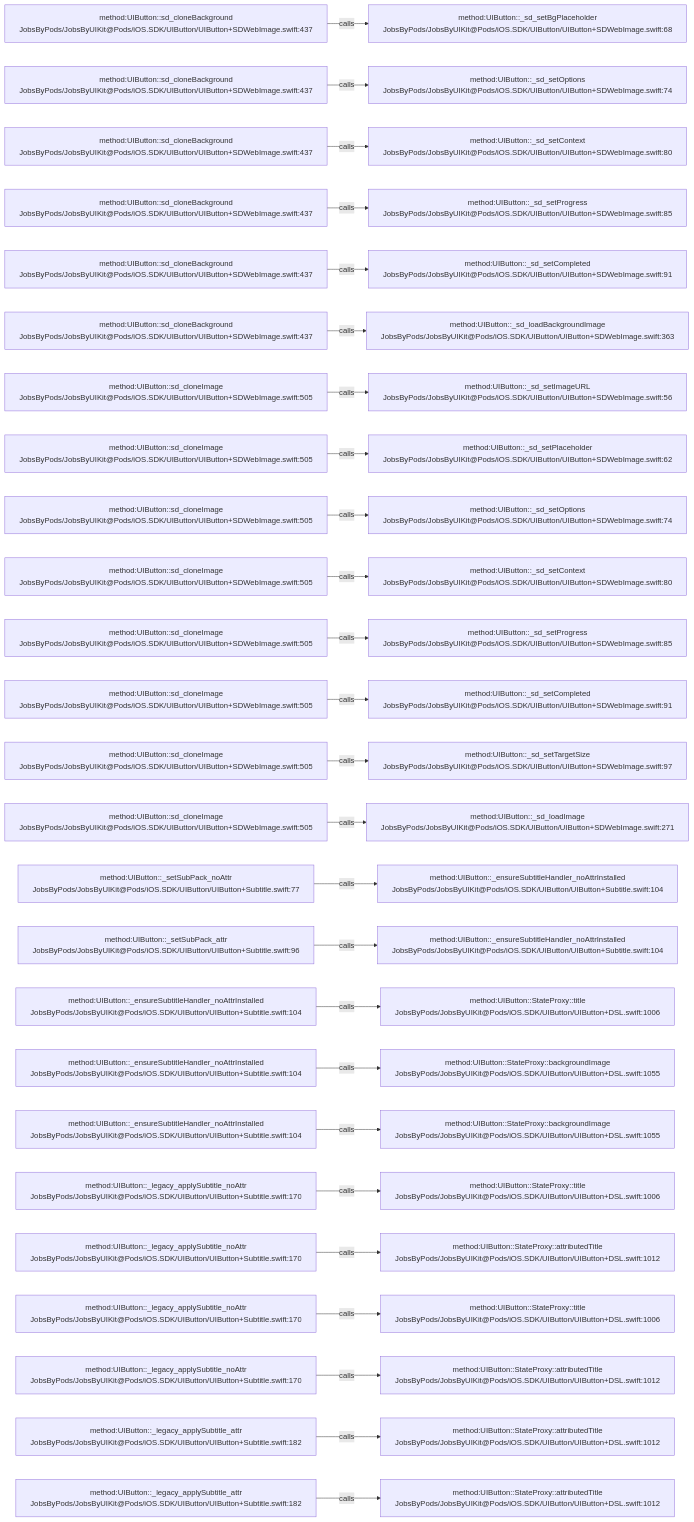
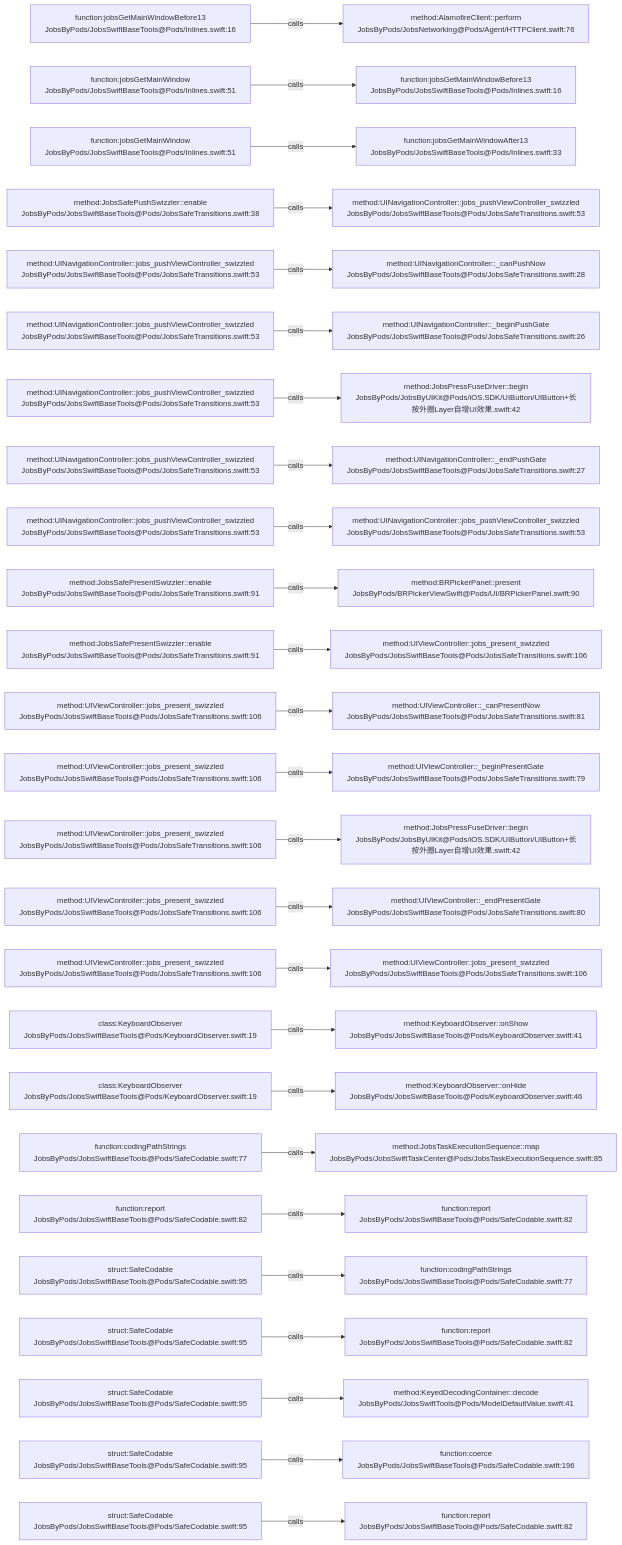
One commit to JobsKits/JobsSwiftBaseConfigDemo changed the diagram in .codegraph/codegraph.md/graphs/calls-045.md. Above: the diagram before and after it, drawn with Mermaid. The commit also changed 569 other files, not shown here.

````diff
--- a/.codegraph/codegraph.md/graphs/calls-045.md
+++ b/.codegraph/codegraph.md/graphs/calls-045.md
@@ -13,78 +13,78 @@
 ```mermaid
 flowchart LR
-  S1["method:UIButton::sd_cloneBackground<br/>JobsByPods/JobsByUIKit@Pods/iOS.SDK/UIButton/UIButton+SDWebImage.swift:437"]
-  T1["method:UIButton::_sd_setBgPlaceholder<br/>JobsByPods/JobsByUIKit@Pods/iOS.SDK/UIButton/UIButton+SDWebImage.swift:68"]
+  S1["function:jobsGetMainWindowBefore13<br/>JobsByPods/JobsSwiftBaseTools@Pods/Inlines.swift:16"]
+  T1["method:AlamofireClient::perform<br/>JobsByPods/JobsNetworking@Pods/Agent/HTTPClient.swift:76"]
   S1 -->|calls| T1
-  S2["method:UIButton::sd_cloneBackground<br/>JobsByPods/JobsByUIKit@Pods/iOS.SDK/UIButton/UIButton+SDWebImage.swift:437"]
-  T2["method:UIButton::_sd_setOptions<br/>JobsByPods/JobsByUIKit@Pods/iOS.SDK/UIButton/UIButton+SDWebImage.swift:74"]
+  S2["function:jobsGetMainWindow<br/>JobsByPods/JobsSwiftBaseTools@Pods/Inlines.swift:51"]
+  T2["function:jobsGetMainWindowBefore13<br/>JobsByPods/JobsSwiftBaseTools@Pods/Inlines.swift:16"]
   S2 -->|calls| T2
-  S3["method:UIButton::sd_cloneBackground<br/>JobsByPods/JobsByUIKit@Pods/iOS.SDK/UIButton/UIButton+SDWebImage.swift:437"]
-  T3["method:UIButton::_sd_setContext<br/>JobsByPods/JobsByUIKit@Pods/iOS.SDK/UIButton/UIButton+SDWebImage.swift:80"]
+  S3["function:jobsGetMainWindow<br/>JobsByPods/JobsSwiftBaseTools@Pods/Inlines.swift:51"]
+  T3["function:jobsGetMainWindowAfter13<br/>JobsByPods/JobsSwiftBaseTools@Pods/Inlines.swift:33"]
   S3 -->|calls| T3
-  S4["method:UIButton::sd_cloneBackground<br/>JobsByPods/JobsByUIKit@Pods/iOS.SDK/UIButton/UIButton+SDWebImage.swift:437"]
-  T4["method:UIButton::_sd_setProgress<br/>JobsByPods/JobsByUIKit@Pods/iOS.SDK/UIButton/UIButton+SDWebImage.swift:85"]
+  S4["method:JobsSafePushSwizzler::enable<br/>JobsByPods/JobsSwiftBaseTools@Pods/JobsSafeTransitions.swift:38"]
+  T4["method:UINavigationController::jobs_pushViewController_swizzled<br/>JobsByPods/JobsSwiftBaseTools@Pods/JobsSafeTransitions.swift:53"]
   S4 -->|calls| T4
-  S5["method:UIButton::sd_cloneBackground<br/>JobsByPods/JobsByUIKit@Pods/iOS.SDK/UIButton/UIButton+SDWebImage.swift:437"]
-  T5["method:UIButton::_sd_setCompleted<br/>JobsByPods/JobsByUIKit@Pods/iOS.SDK/UIButton/UIButton+SDWebImage.swift:91"]
+  S5["method:UINavigationController::jobs_pushViewController_swizzled<br/>JobsByPods/JobsSwiftBaseTools@Pods/JobsSafeTransitions.swift:53"]
+  T5["method:UINavigationController::_canPushNow<br/>JobsByPods/JobsSwiftBaseTools@Pods/JobsSafeTransitions.swift:28"]
   S5 -->|calls| T5
-  S6["method:UIButton::sd_cloneBackground<br/>JobsByPods/JobsByUIKit@Pods/iOS.SDK/UIButton/UIButton+SDWebImage.swift:437"]
-  T6["method:UIButton::_sd_loadBackgroundImage<br/>JobsByPods/JobsByUIKit@Pods/iOS.SDK/UIButton/UIButton+SDWebImage.swift:363"]
+  S6["method:UINavigationController::jobs_pushViewController_swizzled<br/>JobsByPods/JobsSwiftBaseTools@Pods/JobsSafeTransitions.swift:53"]
+  T6["method:UINavigationController::_beginPushGate<br/>JobsByPods/JobsSwiftBaseTools@Pods/JobsSafeTransitions.swift:26"]
   S6 -->|calls| T6
-  S7["method:UIButton::sd_cloneImage<br/>JobsByPods/JobsByUIKit@Pods/iOS.SDK/UIButton/UIButton+SDWebImage.swift:505"]
-  T7["method:UIButton::_sd_setImageURL<br/>JobsByPods/JobsByUIKit@Pods/iOS.SDK/UIButton/UIButton+SDWebImage.swift:56"]
+  S7["method:UINavigationController::jobs_pushViewController_swizzled<br/>JobsByPods/JobsSwiftBaseTools@Pods/JobsSafeTransitions.swift:53"]
+  T7["method:JobsPressFuseDriver::begin<br/>JobsByPods/JobsByUIKit@Pods/iOS.SDK/UIButton/UIButton+长按外圈Layer自增UI效果.swift:42"]
   S7 -->|calls| T7
-  S8["method:UIButton::sd_cloneImage<br/>JobsByPods/JobsByUIKit@Pods/iOS.SDK/UIButton/UIButton+SDWebImage.swift:505"]
-  T8["method:UIButton::_sd_setPlaceholder<br/>JobsByPods/JobsByUIKit@Pods/iOS.SDK/UIButton/UIButton+SDWebImage.swift:62"]
+  S8["method:UINavigationController::jobs_pushViewController_swizzled<br/>JobsByPods/JobsSwiftBaseTools@Pods/JobsSafeTransitions.swift:53"]
+  T8["method:UINavigationController::_endPushGate<br/>JobsByPods/JobsSwiftBaseTools@Pods/JobsSafeTransitions.swift:27"]
   S8 -->|calls| T8
-  S9["method:UIButton::sd_cloneImage<br/>JobsByPods/JobsByUIKit@Pods/iOS.SDK/UIButton/UIButton+SDWebImage.swift:505"]
-  T9["method:UIButton::_sd_setOptions<br/>JobsByPods/JobsByUIKit@Pods/iOS.SDK/UIButton/UIButton+SDWebImage.swift:74"]
+  S9["method:UINavigationController::jobs_pushViewController_swizzled<br/>JobsByPods/JobsSwiftBaseTools@Pods/JobsSafeTransitions.swift:53"]
+  T9["method:UINavigationController::jobs_pushViewController_swizzled<br/>JobsByPods/JobsSwiftBaseTools@Pods/JobsSafeTransitions.swift:53"]
   S9 -->|calls| T9
-  S10["method:UIButton::sd_cloneImage<br/>JobsByPods/JobsByUIKit@Pods/iOS.SDK/UIButton/UIButton+SDWebImage.swift:505"]
-  T10["method:UIButton::_sd_setContext<br/>JobsByPods/JobsByUIKit@Pods/iOS.SDK/UIButton/UIButton+SDWebImage.swift:80"]
+  S10["method:JobsSafePresentSwizzler::enable<br/>JobsByPods/JobsSwiftBaseTools@Pods/JobsSafeTransitions.swift:91"]
+  T10["method:BRPickerPanel::present<br/>JobsByPods/BRPickerViewSwift@Pods/UI/BRPickerPanel.swift:90"]
   S10 -->|calls| T10
-  S11["method:UIButton::sd_cloneImage<br/>JobsByPods/JobsByUIKit@Pods/iOS.SDK/UIButton/UIButton+SDWebImage.swift:505"]
-  T11["method:UIButton::_sd_setProgress<br/>JobsByPods/JobsByUIKit@Pods/iOS.SDK/UIButton/UIButton+SDWebImage.swift:85"]
+  S11["method:JobsSafePresentSwizzler::enable<br/>JobsByPods/JobsSwiftBaseTools@Pods/JobsSafeTransitions.swift:91"]
+  T11["method:UIViewController::jobs_present_swizzled<br/>JobsByPods/JobsSwiftBaseTools@Pods/JobsSafeTransitions.swift:106"]
   S11 -->|calls| T11
-  S12["method:UIButton::sd_cloneImage<br/>JobsByPods/JobsByUIKit@Pods/iOS.SDK/UIButton/UIButton+SDWebImage.swift:505"]
-  T12["method:UIButton::_sd_setCompleted<br/>JobsByPods/JobsByUIKit@Pods/iOS.SDK/UIButton/UIButton+SDWebImage.swift:91"]
+  S12["method:UIViewController::jobs_present_swizzled<br/>JobsByPods/JobsSwiftBaseTools@Pods/JobsSafeTransitions.swift:106"]
+  T12["method:UIViewController::_canPresentNow<br/>JobsByPods/JobsSwiftBaseTools@Pods/JobsSafeTransitions.swift:81"]
   S12 -->|calls| T12
-  S13["method:UIButton::sd_cloneImage<br/>JobsByPods/JobsByUIKit@Pods/iOS.SDK/UIButton/UIButton+SDWebImage.swift:505"]
-  T13["method:UIButton::_sd_setTargetSize<br/>JobsByPods/JobsByUIKit@Pods/iOS.SDK/UIButton/UIButton+SDWebImage.swift:97"]
+  S13["method:UIViewController::jobs_present_swizzled<br/>JobsByPods/JobsSwiftBaseTools@Pods/JobsSafeTransitions.swift:106"]
+  T13["method:UIViewController::_beginPresentGate<br/>JobsByPods/JobsSwiftBaseTools@Pods/JobsSafeTransitions.swift:79"]
   S13 -->|calls| T13
-  S14["method:UIButton::sd_cloneImage<br/>JobsByPods/JobsByUIKit@Pods/iOS.SDK/UIButton/UIButton+SDWebImage.swift:505"]
-  T14["method:UIButton::_sd_loadImage<br/>JobsByPods/JobsByUIKit@Pods/iOS.SDK/UIButton/UIButton+SDWebImage.swift:271"]
+  S14["method:UIViewController::jobs_present_swizzled<br/>JobsByPods/JobsSwiftBaseTools@Pods/JobsSafeTransitions.swift:106"]
+  T14["method:JobsPressFuseDriver::begin<br/>JobsByPods/JobsByUIKit@Pods/iOS.SDK/UIButton/UIButton+长按外圈Layer自增UI效果.swift:42"]
   S14 -->|calls| T14
-  S15["method:UIButton::_setSubPack_noAttr<br/>JobsByPods/JobsByUIKit@Pods/iOS.SDK/UIButton/UIButton+Subtitle.swift:77"]
-  T15["method:UIButton::_ensureSubtitleHandler_noAttrInstalled<br/>JobsByPods/JobsByUIKit@Pods/iOS.SDK/UIButton/UIButton+Subtitle.swift:104"]
+  S15["method:UIViewController::jobs_present_swizzled<br/>JobsByPods/JobsSwiftBaseTools@Pods/JobsSafeTransitions.swift:106"]
+  T15["method:UIViewController::_endPresentGate<br/>JobsByPods/JobsSwiftBaseTools@Pods/JobsSafeTransitions.swift:80"]
   S15 -->|calls| T15
-  S16["method:UIButton::_setSubPack_attr<br/>JobsByPods/JobsByUIKit@Pods/iOS.SDK/UIButton/UIButton+Subtitle.swift:96"]
-  T16["method:UIButton::_ensureSubtitleHandler_noAttrInstalled<br/>JobsByPods/JobsByUIKit@Pods/iOS.SDK/UIButton/UIButton+Subtitle.swift:104"]
+  S16["method:UIViewController::jobs_present_swizzled<br/>JobsByPods/JobsSwiftBaseTools@Pods/JobsSafeTransitions.swift:106"]
+  T16["method:UIViewController::jobs_present_swizzled<br/>JobsByPods/JobsSwiftBaseTools@Pods/JobsSafeTransitions.swift:106"]
   S16 -->|calls| T16
-  S17["method:UIButton::_ensureSubtitleHandler_noAttrInstalled<br/>JobsByPods/JobsByUIKit@Pods/iOS.SDK/UIButton/UIButton+Subtitle.swift:104"]
-  T17["method:UIButton::StateProxy::title<br/>JobsByPods/JobsByUIKit@Pods/iOS.SDK/UIButton/UIButton+DSL.swift:1006"]
+  S17["class:KeyboardObserver<br/>JobsByPods/JobsSwiftBaseTools@Pods/KeyboardObserver.swift:19"]
+  T17["method:KeyboardObserver::onShow<br/>JobsByPods/JobsSwiftBaseTools@Pods/KeyboardObserver.swift:41"]
   S17 -->|calls| T17
-  S18["method:UIButton::_ensureSubtitleHandler_noAttrInstalled<br/>JobsByPods/JobsByUIKit@Pods/iOS.SDK/UIButton/UIButton+Subtitle.swift:104"]
-  T18["method:UIButton::StateProxy::backgroundImage<br/>JobsByPods/JobsByUIKit@Pods/iOS.SDK/UIButton/UIButton+DSL.swift:1055"]
+  S18["class:KeyboardObserver<br/>JobsByPods/JobsSwiftBaseTools@Pods/KeyboardObserver.swift:19"]
+  T18["method:KeyboardObserver::onHide<br/>JobsByPods/JobsSwiftBaseTools@Pods/KeyboardObserver.swift:46"]
   S18 -->|calls| T18
-  S19["method:UIButton::_ensureSubtitleHandler_noAttrInstalled<br/>JobsByPods/JobsByUIKit@Pods/iOS.SDK/UIButton/UIButton+Subtitle.swift:104"]
-  T19["method:UIButton::StateProxy::backgroundImage<br/>JobsByPods/JobsByUIKit@Pods/iOS.SDK/UIButton/UIButton+DSL.swift:1055"]
+  S19["function:codingPathStrings<br/>JobsByPods/JobsSwiftBaseTools@Pods/SafeCodable.swift:77"]
+  T19["method:JobsTaskExecutionSequence::map<br/>JobsByPods/JobsSwiftTaskCenter@Pods/JobsTaskExecutionSequence.swift:85"]
   S19 -->|calls| T19
-  S20["method:UIButton::_legacy_applySubtitle_noAttr<br/>JobsByPods/JobsByUIKit@Pods/iOS.SDK/UIButton/UIButton+Subtitle.swift:170"]
-  T20["method:UIButton::StateProxy::title<br/>JobsByPods/JobsByUIKit@Pods/iOS.SDK/UIButton/UIButton+DSL.swift:1006"]
+  S20["function:report<br/>JobsByPods/JobsSwiftBaseTools@Pods/SafeCodable.swift:82"]
+  T20["function:report<br/>JobsByPods/JobsSwiftBaseTools@Pods/SafeCodable.swift:82"]
   S20 -->|calls| T20
-  S21["method:UIButton::_legacy_applySubtitle_noAttr<br/>JobsByPods/JobsByUIKit@Pods/iOS.SDK/UIButton/UIButton+Subtitle.swift:170"]
-  T21["method:UIButton::StateProxy::attributedTitle<br/>JobsByPods/JobsByUIKit@Pods/iOS.SDK/UIButton/UIButton+DSL.swift:1012"]
+  S21["struct:SafeCodable<br/>JobsByPods/JobsSwiftBaseTools@Pods/SafeCodable.swift:95"]
+  T21["function:codingPathStrings<br/>JobsByPods/JobsSwiftBaseTools@Pods/SafeCodable.swift:77"]
   S21 -->|calls| T21
-  S22["method:UIButton::_legacy_applySubtitle_noAttr<br/>JobsByPods/JobsByUIKit@Pods/iOS.SDK/UIButton/UIButton+Subtitle.swift:170"]
-  T22["method:UIButton::StateProxy::title<br/>JobsByPods/JobsByUIKit@Pods/iOS.SDK/UIButton/UIButton+DSL.swift:1006"]
+  S22["struct:SafeCodable<br/>JobsByPods/JobsSwiftBaseTools@Pods/SafeCodable.swift:95"]
+  T22["function:report<br/>JobsByPods/JobsSwiftBaseTools@Pods/SafeCodable.swift:82"]
   S22 -->|calls| T22
-  S23["method:UIButton::_legacy_applySubtitle_noAttr<br/>JobsByPods/JobsByUIKit@Pods/iOS.SDK/UIButton/UIButton+Subtitle.swift:170"]
-  T23["method:UIButton::StateProxy::attributedTitle<br/>JobsByPods/JobsByUIKit@Pods/iOS.SDK/UIButton/UIButton+DSL.swift:1012"]
+  S23["struct:SafeCodable<br/>JobsByPods/JobsSwiftBaseTools@Pods/SafeCodable.swift:95"]
+  T23["method:KeyedDecodingContainer::decode<br/>JobsByPods/JobsSwiftTools@Pods/ModelDefaultValue.swift:41"]
   S23 -->|calls| T23
-  S24["method:UIButton::_legacy_applySubtitle_attr<br/>JobsByPods/JobsByUIKit@Pods/iOS.SDK/UIButton/UIButton+Subtitle.swift:182"]
-  T24["method:UIButton::StateProxy::attributedTitle<br/>JobsByPods/JobsByUIKit@Pods/iOS.SDK/UIButton/UIButton+DSL.swift:1012"]
+  S24["struct:SafeCodable<br/>JobsByPods/JobsSwiftBaseTools@Pods/SafeCodable.swift:95"]
+  T24["function:coerce<br/>JobsByPods/JobsSwiftBaseTools@Pods/SafeCodable.swift:196"]
   S24 -->|calls| T24
-  S25["method:UIButton::_legacy_applySubtitle_attr<br/>JobsByPods/JobsByUIKit@Pods/iOS.SDK/UIButton/UIButton+Subtitle.swift:182"]
-  T25["method:UIButton::StateProxy::attributedTitle<br/>JobsByPods/JobsByUIKit@Pods/iOS.SDK/UIButton/UIButton+DSL.swift:1012"]
+  S25["struct:SafeCodable<br/>JobsByPods/JobsSwiftBaseTools@Pods/SafeCodable.swift:95"]
+  T25["function:report<br/>JobsByPods/JobsSwiftBaseTools@Pods/SafeCodable.swift:82"]
   S25 -->|calls| T25
 ```
````
